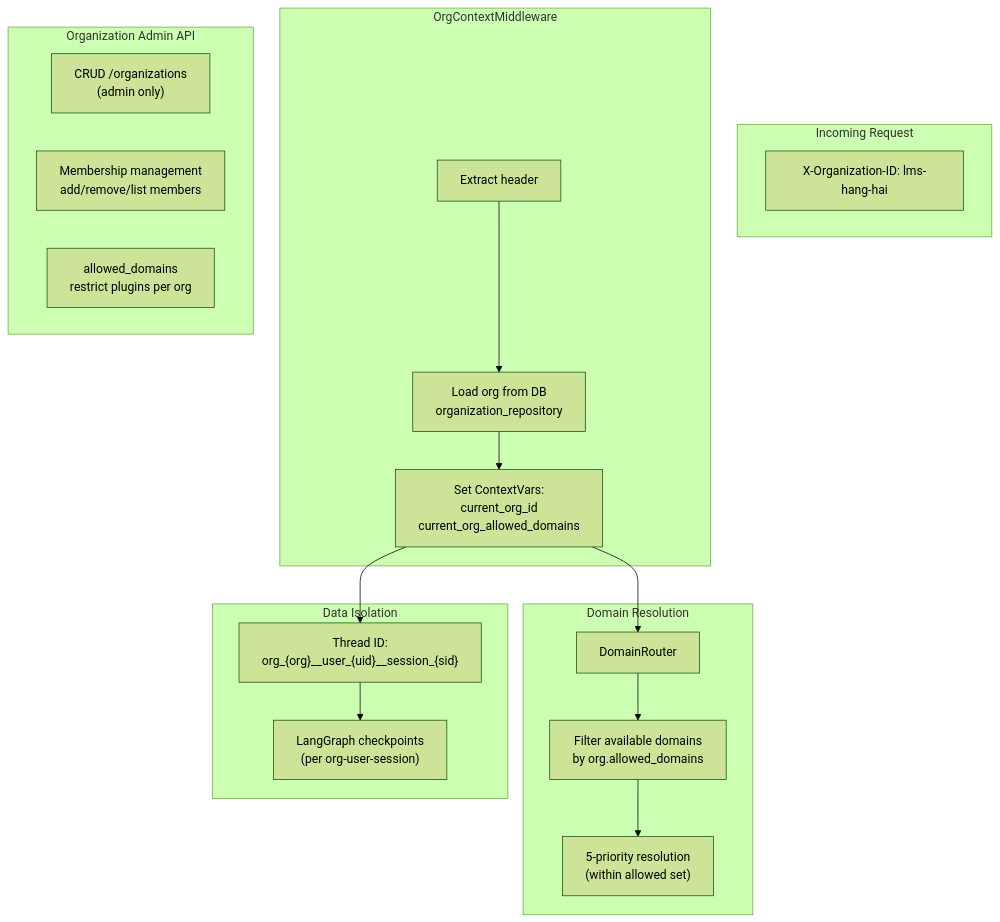
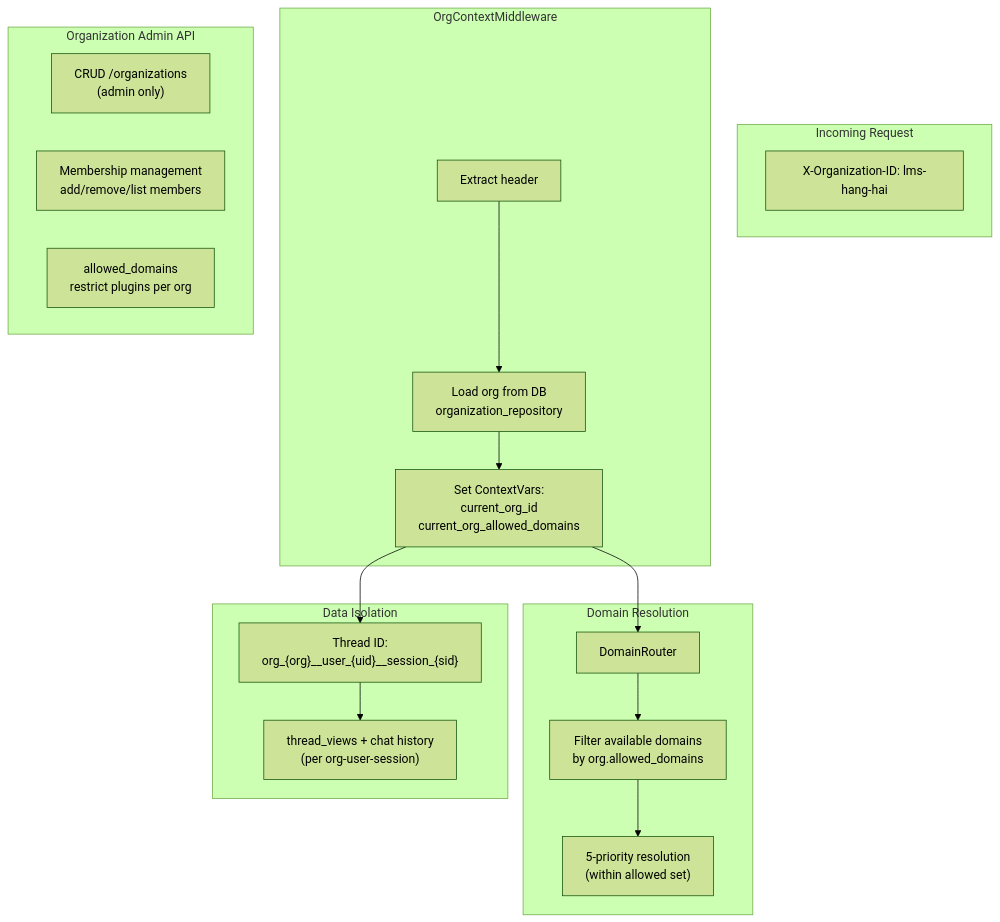
Diagram 13 of 20 in maritime-ai-service/docs/architecture/SYSTEM_FLOW.md (meiiie/wiii), drawn with Mermaid (forest theme) before and after one commit. The commit also changed other lines of this file and 18 other files, not shown here.

First line of the commit message:
docs: align architecture with WiiiRunner runtime (#143)

````diff
--- a/maritime-ai-service/docs/architecture/SYSTEM_FLOW.md
+++ b/maritime-ai-service/docs/architecture/SYSTEM_FLOW.md
@@ -790,28 +788,28 @@
 ```mermaid
 flowchart TB
     subgraph Request["Incoming Request"]
         HDR["X-Organization-ID: lms-hang-hai"]
     end
 
     subgraph Middleware["OrgContextMiddleware"]
         EXTRACT["Extract header"] --> LOAD["Load org from DB<br/>organization_repository"]
         LOAD --> SET["Set ContextVars:<br/>current_org_id<br/>current_org_allowed_domains"]
     end
 
     subgraph Routing["Domain Resolution"]
         SET --> ROUTER["DomainRouter"]
         ROUTER --> FILTER["Filter available domains<br/>by org.allowed_domains"]
         FILTER --> RESOLVE["5-priority resolution<br/>(within allowed set)"]
     end
 
     subgraph Isolation["Data Isolation"]
         SET --> THREAD["Thread ID:<br/>org_{org}__user_{uid}__session_{sid}"]
-        THREAD --> CHECKPOINT["LangGraph checkpoints<br/>(per org-user-session)"]
+        THREAD --> CHECKPOINT["thread_views + chat history<br/>(per org-user-session)"]
     end
 
     subgraph Admin["Organization Admin API"]
         CRUD["CRUD /organizations<br/>(admin only)"]
         MEMBERS["Membership management<br/>add/remove/list members"]
         DOMAINS["allowed_domains<br/>restrict plugins per org"]
     end
 ```
````
